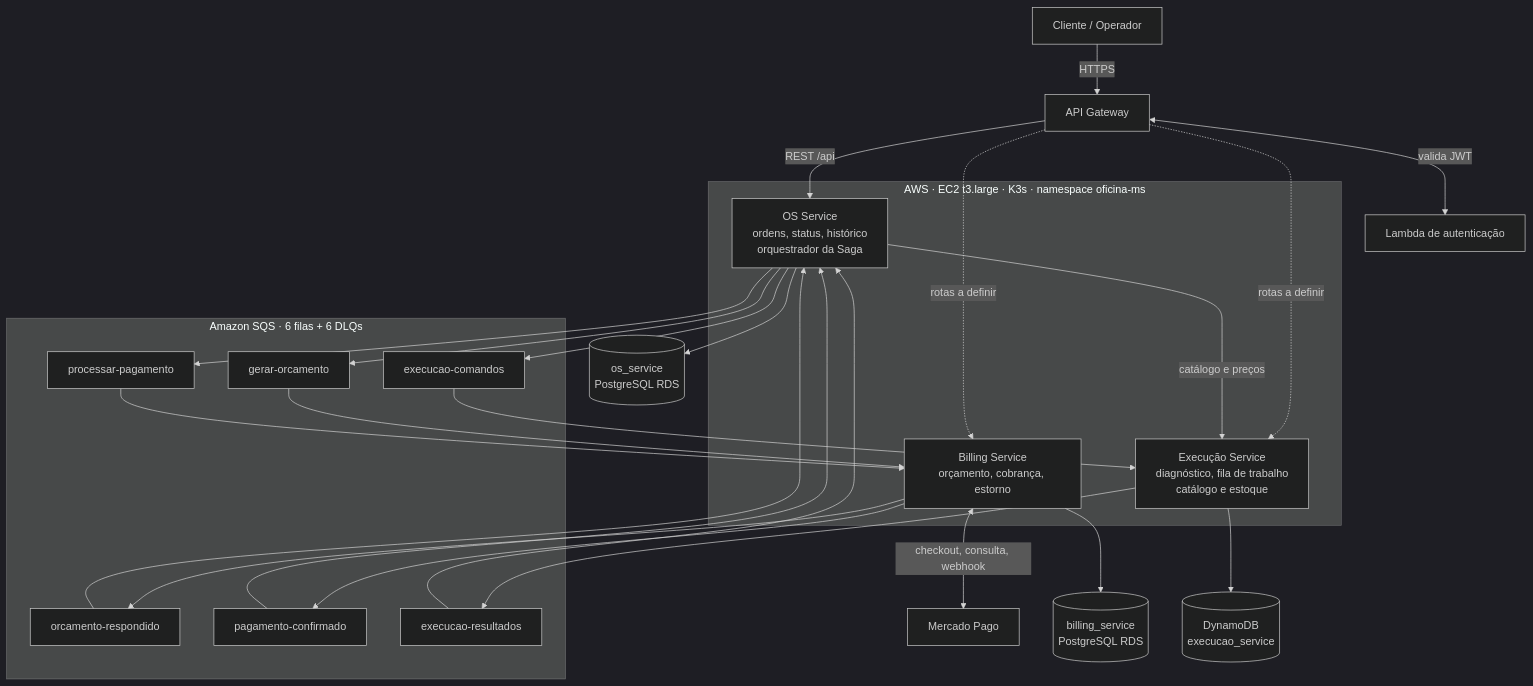
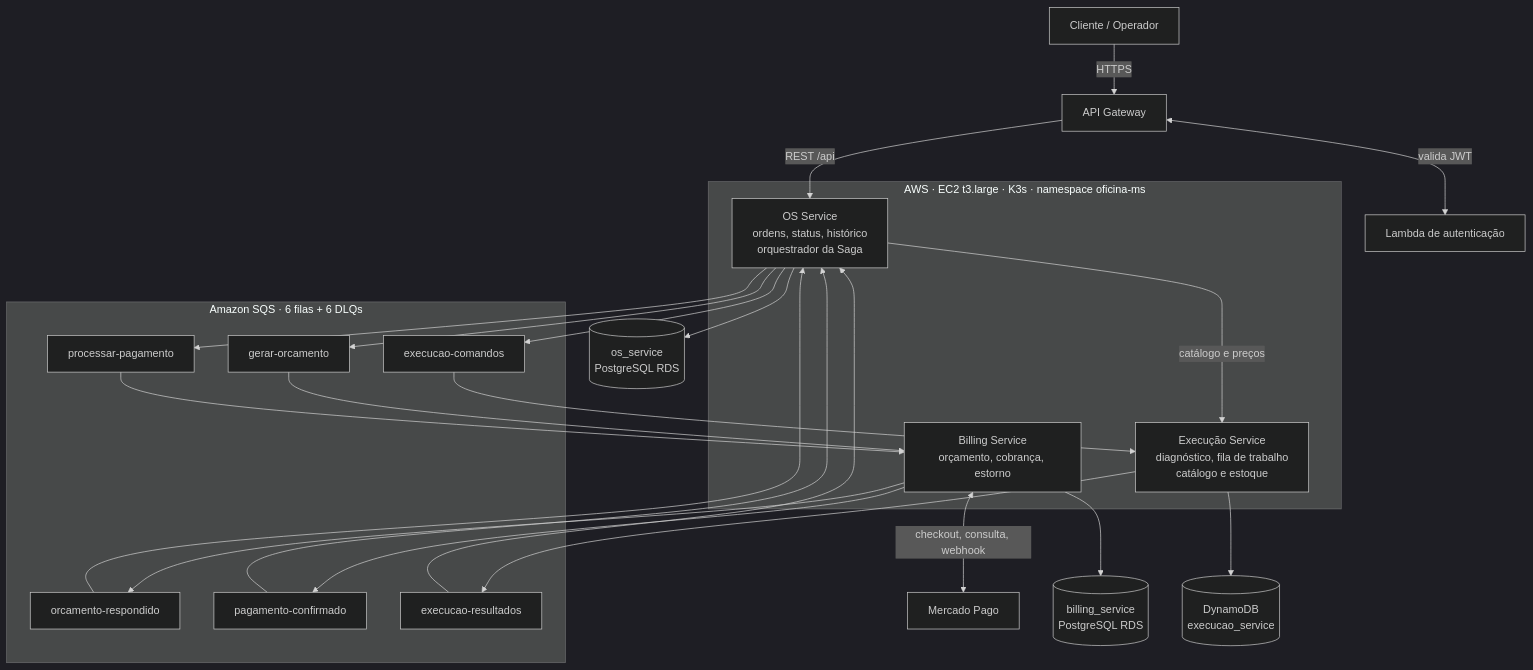
Before and after one commit to pisanohub/oficina-fiap-execucao-service: the diagram in docs/arquitetura-geral-fase4.md, drawn with Mermaid (dark theme). The commit also changed other lines of this file and 12 other files, not shown here.

````diff
--- a/docs/arquitetura-geral-fase4.md
+++ b/docs/arquitetura-geral-fase4.md
@@ -13,38 +13,36 @@
 ```mermaid
 flowchart TB
     U[Cliente / Operador] -->|HTTPS| GW[API Gateway]
     GW <-->|valida JWT| L[Lambda de autenticação]
     MP[Mercado Pago]
 
     subgraph K3s["AWS · EC2 t3.large · K3s · namespace oficina-ms"]
         OS[OS Service<br/>ordens, status, histórico<br/>orquestrador da Saga]
         EX[Execução Service<br/>diagnóstico, fila de trabalho<br/>catálogo e estoque]
         BI[Billing Service<br/>orçamento, cobrança, estorno]
     end
 
     GW -->|REST /api| OS
-    GW -.->|rotas a definir| EX
-    GW -.->|rotas a definir| BI
     OS -->|catálogo e preços| EX
     BI <-->|checkout, consulta, webhook| MP
 
     OS --> PG1[(os_service<br/>PostgreSQL RDS)]
     BI --> PG2[(billing_service<br/>PostgreSQL RDS)]
     EX --> DDB[(DynamoDB<br/>execucao_service)]
 
     subgraph SQS["Amazon SQS · 6 filas + 6 DLQs"]
         Q1[gerar-orcamento]
         Q2[orcamento-respondido]
         Q3[processar-pagamento]
         Q4[pagamento-confirmado]
         Q5[execucao-comandos]
         Q6[execucao-resultados]
     end
 
     OS --> Q1 --> BI
     BI --> Q2 --> OS
     OS --> Q3 --> BI
     BI --> Q4 --> OS
     OS --> Q5 --> EX
     EX --> Q6 --> OS
 ```
````
